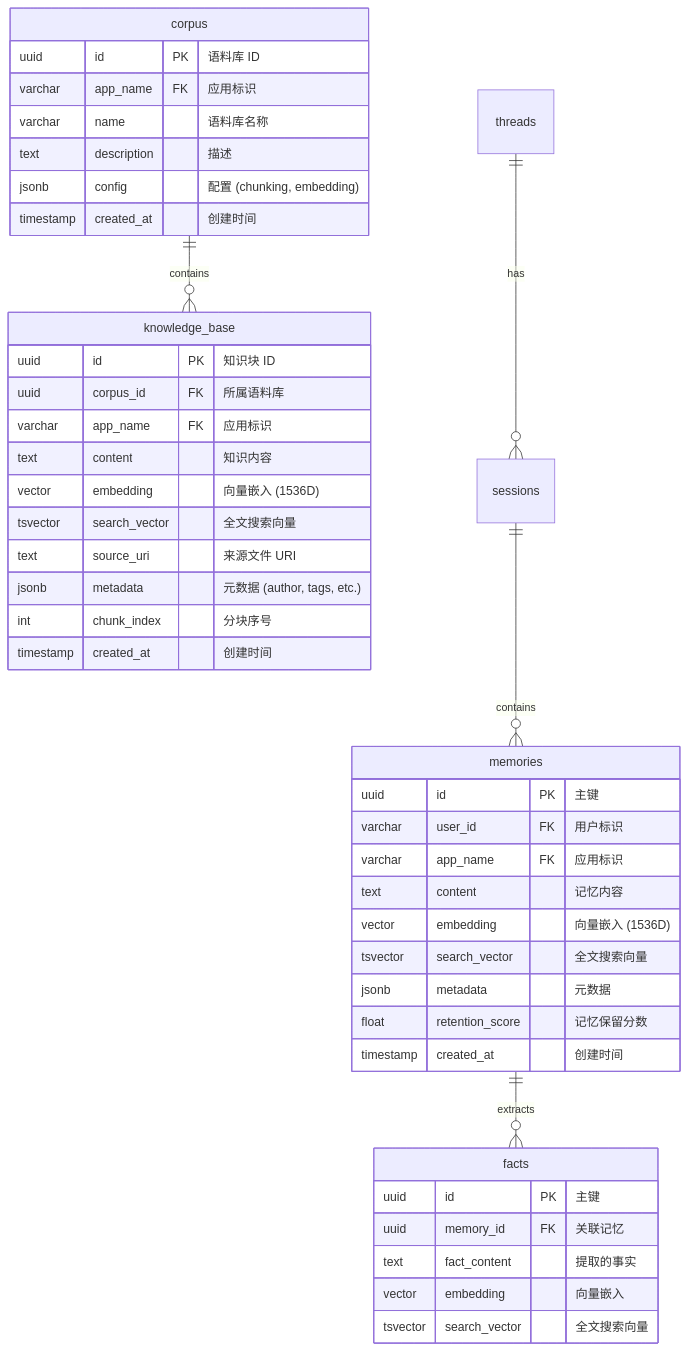
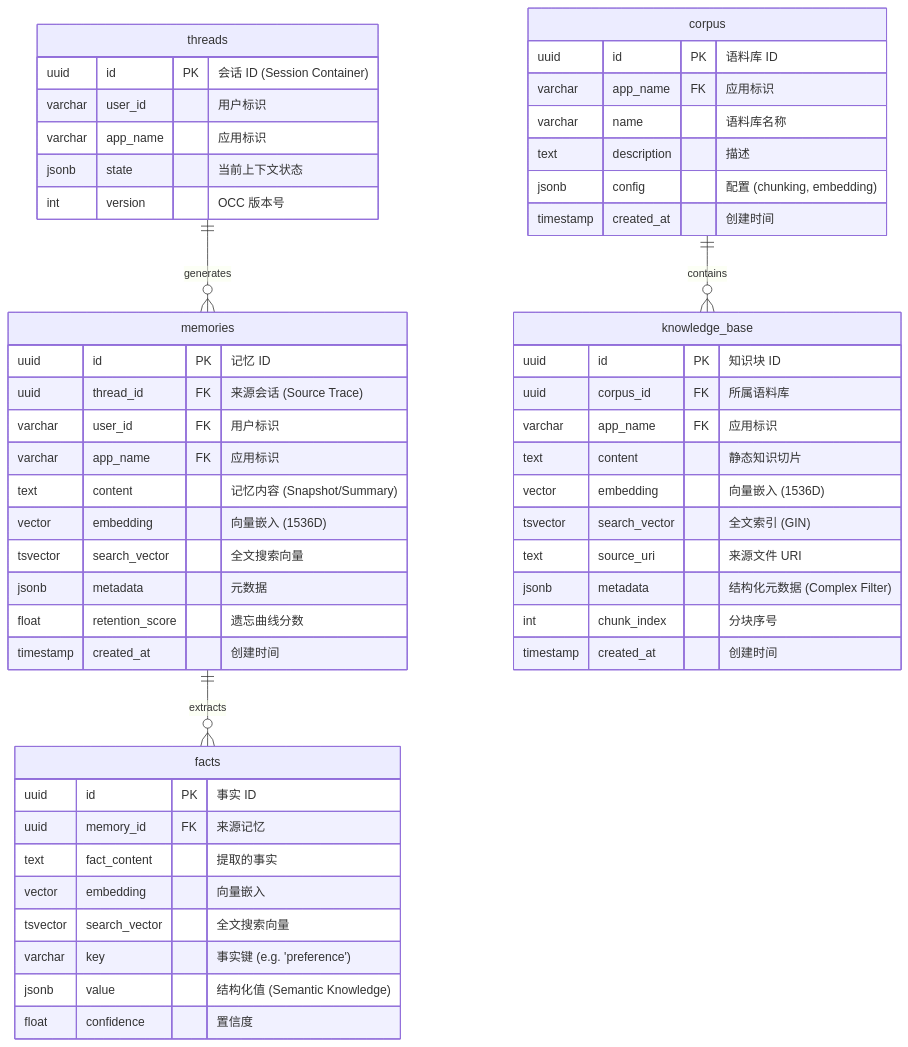
One commit to ThreeFish-AI/agentic-ai-cognizes changed the fourth of 11 diagrams in docs/engine/030-the-perception.md. Above: the diagram before and after it, drawn with Mermaid. The commit also changed other lines of this file, not shown here.

Commit message:
docs(perception): 重构双存储 ER 图与架构说明;
- 将 ER 图重构为左右分明的结构：左侧为动态记忆流 (threads→memories→facts)，右侧为静态知识库 (corpus→knowledge_base)
- 添加完整的表结构字段定义，包括向量嵌入、全文索引和元数据
- 补充"双存储-三信号" (Dual-Store, Tri-Signal) 架构的文字说明，阐述存储正交性、信号完备性和溯源性

🤖 Generated with [Claude Code](https://github.com/claude), [Gemini](https://github.com/apps/gemini-code-assist)

````diff
--- a/docs/engine/030-the-perception.md
+++ b/docs/engine/030-the-perception.md
@@ -326,52 +326,63 @@
 ```mermaid
 erDiagram
-    %% Knowledge Base (静态知识)
+    %% 1. Dynamic Memory Stream (动态记忆流)
+    threads ||--o{ memories : "generates"
+    memories ||--o{ facts : "extracts"
+
+    threads {
+        uuid id PK "会话 ID (Session Container)"
+        varchar user_id "用户标识"
+        varchar app_name "应用标识"
+        jsonb state "当前上下文状态"
+        int version "OCC 版本号"
+    }
+
+    memories {
+        uuid id PK "记忆 ID"
+        uuid thread_id FK "来源会话 (Source Trace)"
+        varchar user_id FK "用户标识"
+        varchar app_name FK "应用标识"
+        text content "记忆内容 (Snapshot/Summary)"
+        vector embedding "向量嵌入 (1536D)"
+        tsvector search_vector "全文搜索向量"
+        jsonb metadata "元数据"
+        float retention_score "遗忘曲线分数"
+        timestamp created_at "创建时间"
+    }
+
+    facts {
+        uuid id PK "事实 ID"
+        uuid memory_id FK "来源记忆"
+        text fact_content "提取的事实"
+        vector embedding "向量嵌入"
+        tsvector search_vector "全文搜索向量"
+        varchar key "事实键 (e.g. 'preference')"
+        jsonb value "结构化值 (Semantic Knowledge)"
+        float confidence "置信度"
+    }
+
+    %% 2. Static Knowledge Base (静态知识库)
     corpus ||--o{ knowledge_base : "contains"
 
     corpus {
         uuid id PK "语料库 ID"
         varchar app_name FK "应用标识"
         varchar name "语料库名称"
         text description "描述"
         jsonb config "配置 (chunking, embedding)"
         timestamp created_at "创建时间"
     }
 
     knowledge_base {
         uuid id PK "知识块 ID"
         uuid corpus_id FK "所属语料库"
         varchar app_name FK "应用标识"
-        text content "知识内容"
+        text content "静态知识切片"
         vector embedding "向量嵌入 (1536D)"
-        tsvector search_vector "全文搜索向量"
+        tsvector search_vector "全文索引 (GIN)"
         text source_uri "来源文件 URI"
-        jsonb metadata "元数据 (author, tags, etc.)"
+        jsonb metadata "结构化元数据 (Complex Filter)"
         int chunk_index "分块序号"
         timestamp created_at "创建时间"
     }
-
-    %% Memory (动态记忆)
-    threads ||--o{ sessions : "has"
-    sessions ||--o{ memories : "contains"
-    memories ||--o{ facts : "extracts"
-
-    memories {
-        uuid id PK "主键"
-        varchar user_id FK "用户标识"
-        varchar app_name FK "应用标识"
-        text content "记忆内容"
-        vector embedding "向量嵌入 (1536D)"
-        tsvector search_vector "全文搜索向量"
-        jsonb metadata "元数据"
-        float retention_score "记忆保留分数"
-        timestamp created_at "创建时间"
-    }
-
-    facts {
-        uuid id PK "主键"
-        uuid memory_id FK "关联记忆"
-        text fact_content "提取的事实"
-        vector embedding "向量嵌入"
-        tsvector search_vector "全文搜索向量"
-    }
 ```
````
